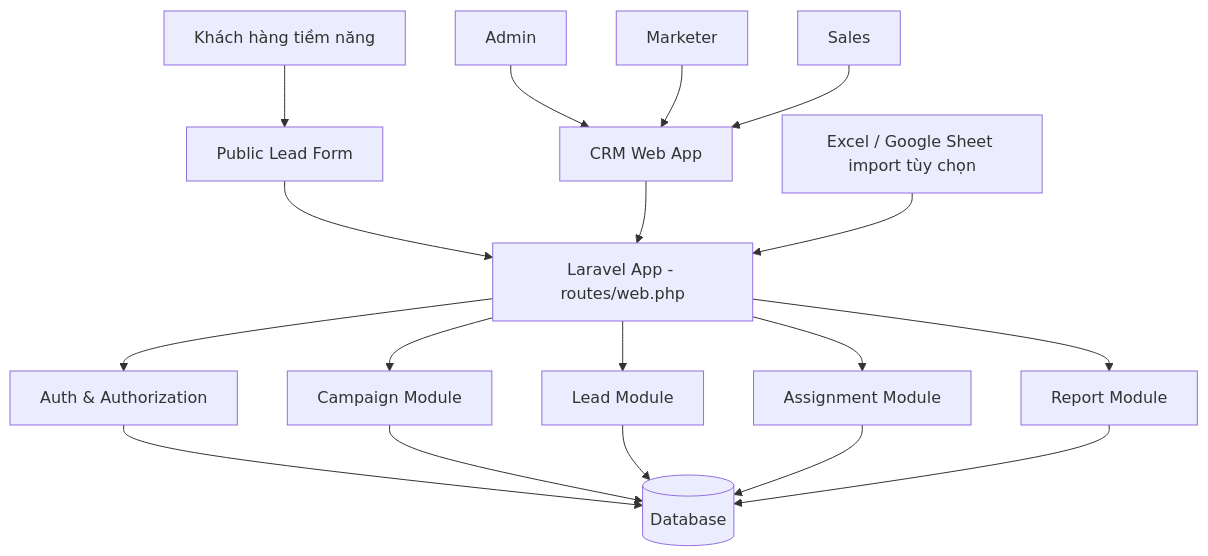
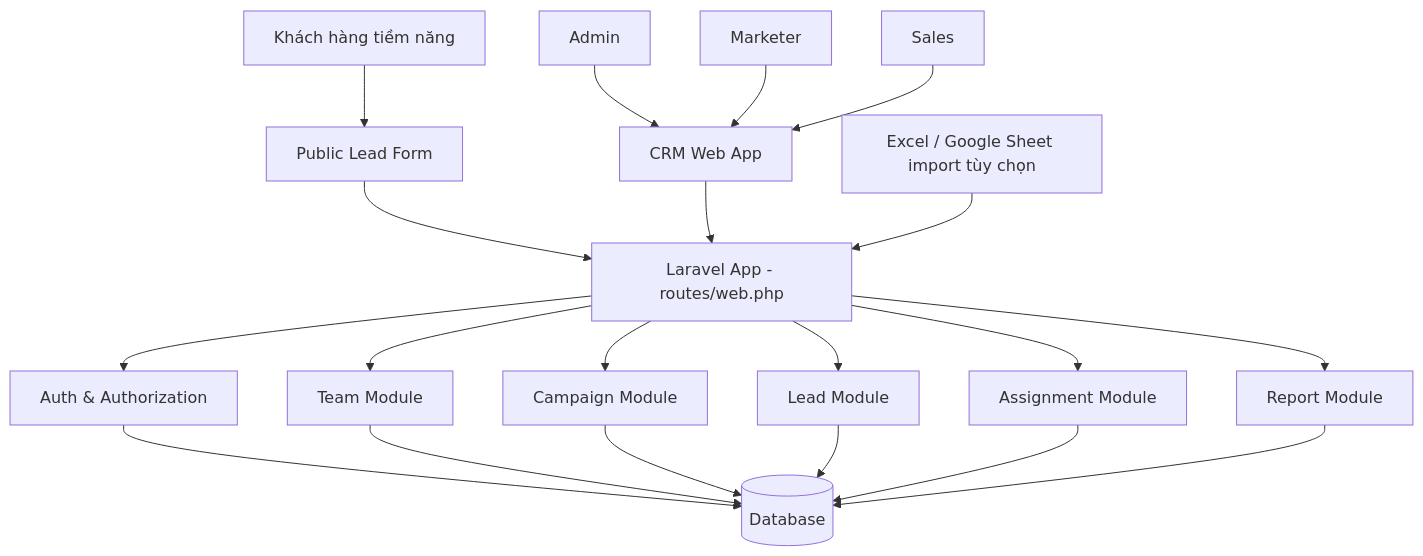
Before and after one commit to nhutmai/mini-crm: the diagram in docs/architecture/system-architecture.md, drawn with Mermaid. The commit also changed other lines of this file and 26 other files, not shown here.

First line of the commit message:
Add Team module (models, controllers, routes)

````diff
--- a/docs/architecture/system-architecture.md
+++ b/docs/architecture/system-architecture.md
@@ -25,24 +27,26 @@
 ```mermaid
 flowchart TB
     Visitor["Khách hàng tiềm năng"] --> PublicForm["Public Lead Form"]
     Admin["Admin"] --> WebApp["CRM Web App"]
     Marketer["Marketer"] --> WebApp
     Sales["Sales"] --> WebApp
 
     PublicForm --> Laravel["Laravel App - routes/web.php"]
     WebApp --> Laravel
 
     Laravel --> Auth["Auth & Authorization"]
     Laravel --> CampaignModule["Campaign Module"]
+    Laravel --> TeamModule["Team Module"]
     Laravel --> LeadModule["Lead Module"]
     Laravel --> AssignmentModule["Assignment Module"]
     Laravel --> ReportModule["Report Module"]
 
     Auth --> DB[("Database")]
+    TeamModule --> DB
     CampaignModule --> DB
     LeadModule --> DB
     AssignmentModule --> DB
     ReportModule --> DB
 
     Import["Excel / Google Sheet import tùy chọn"] --> Laravel
 ```
````
